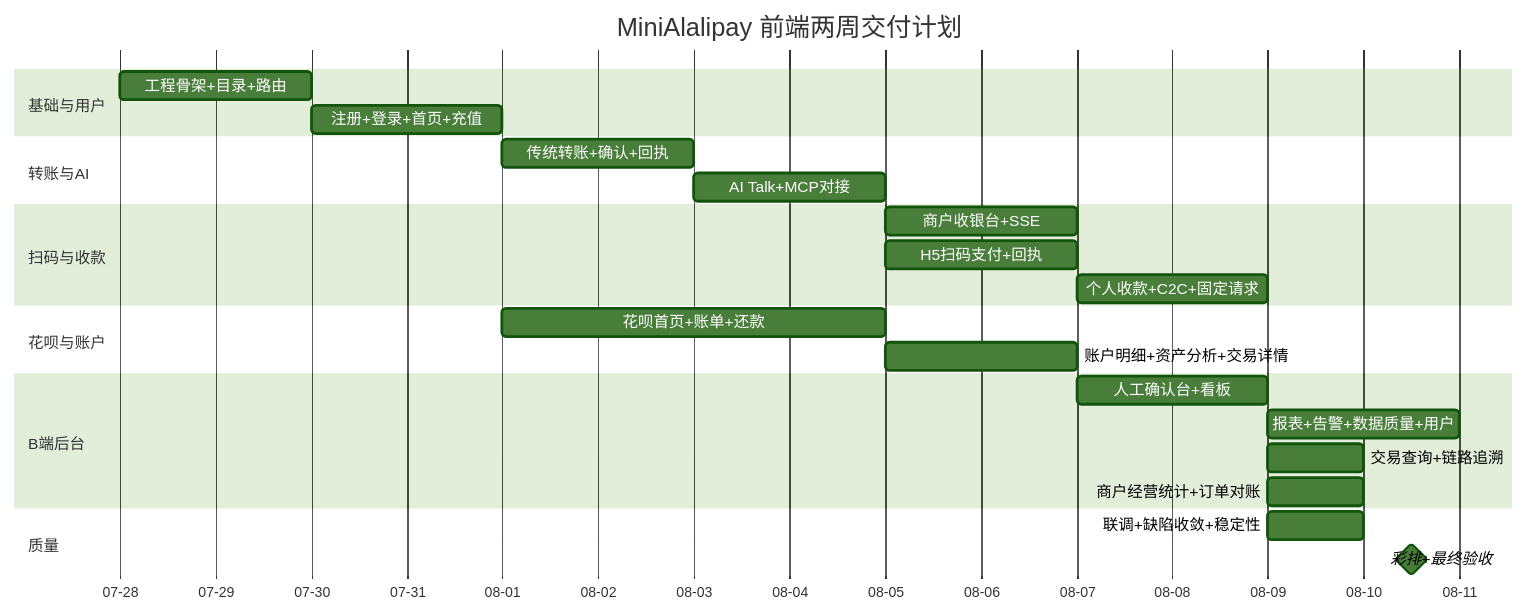
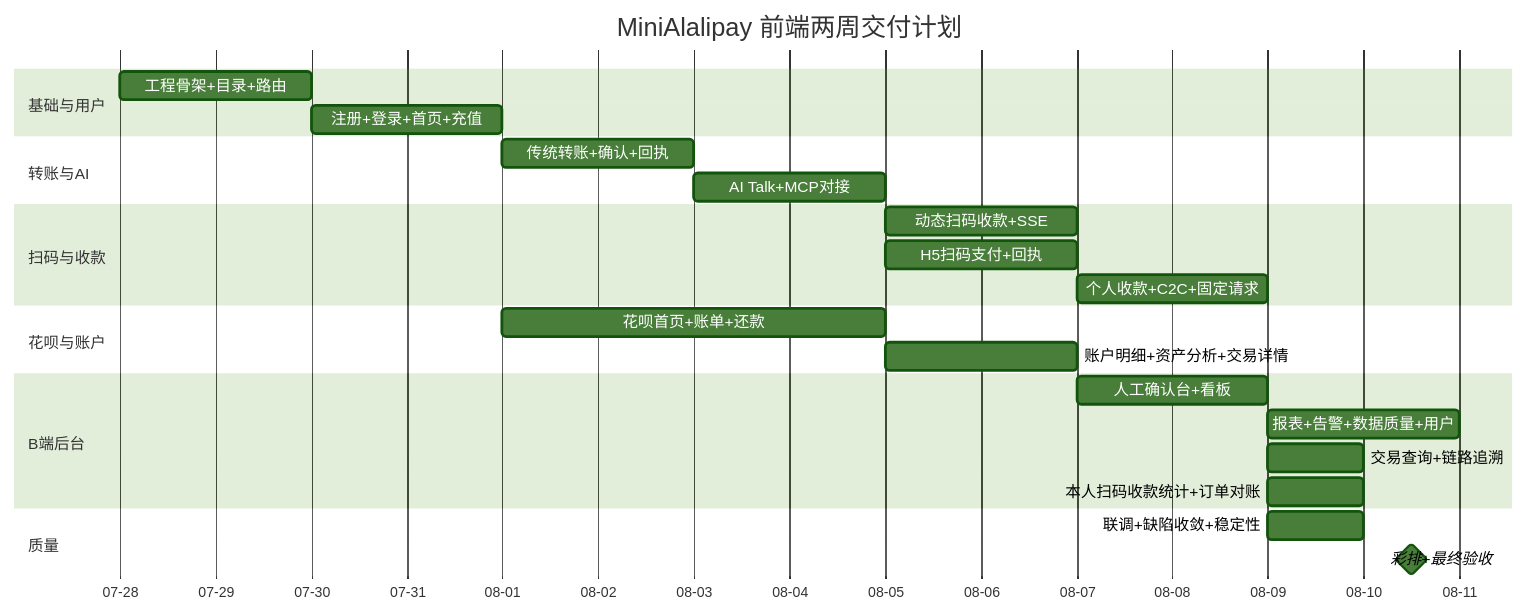
Diagram 34 of 36 in docs/minialalipay/miniaialipay -frontend-system-analysis.md (JN6565/MiniAlalipay), drawn with Mermaid (forest theme) before and after one commit. The commit also changed other lines of this file and 5 other files, not shown here.

````diff
--- a/docs/minialalipay/miniaialipay -frontend-system-analysis.md
+++ b/docs/minialalipay/miniaialipay -frontend-system-analysis.md
@@ -2090,27 +2115,27 @@
 ```mermaid
 gantt
     title MiniAlalipay 前端两周交付计划
     dateFormat  YYYY-MM-DD
     axisFormat  %m-%d
     section 基础与用户
     工程骨架+目录+路由    :a1, 2026-07-28, 2d
     注册+登录+首页+充值   :a2, after a1, 2d
     section 转账与AI
     传统转账+确认+回执    :b1, 2026-08-01, 2d
     AI Talk+MCP对接       :b2, 2026-08-03, 2d
     section 扫码与收款
-    商户收银台+SSE        :c1, 2026-08-05, 2d
+    动态扫码收款+SSE      :c1, 2026-08-05, 2d
     H5扫码支付+回执       :c2, 2026-08-05, 2d
     个人收款+C2C+固定请求 :c3, 2026-08-07, 2d
     section 花呗与账户
     花呗首页+账单+还款     :d1, 2026-08-01, 4d
     账户明细+资产分析+交易详情 :d2, 2026-08-05, 2d
     section B端后台
     人工确认台+看板       :e1, 2026-08-07, 2d
     报表+告警+数据质量+用户 :e2, 2026-08-09, 2d
     交易查询+链路追溯       :e3, 2026-08-09, 1d
-    商户经营统计+订单对账   :e4, 2026-08-09, 1d
+    本人扫码收款统计+订单对账 :c4, 2026-08-09, 1d
     section 质量
     联调+缺陷收敛+稳定性   :f1, 2026-08-09, 1d
     彩排+最终验收           :milestone, f2, 2026-08-10, 1d
 ```
````
